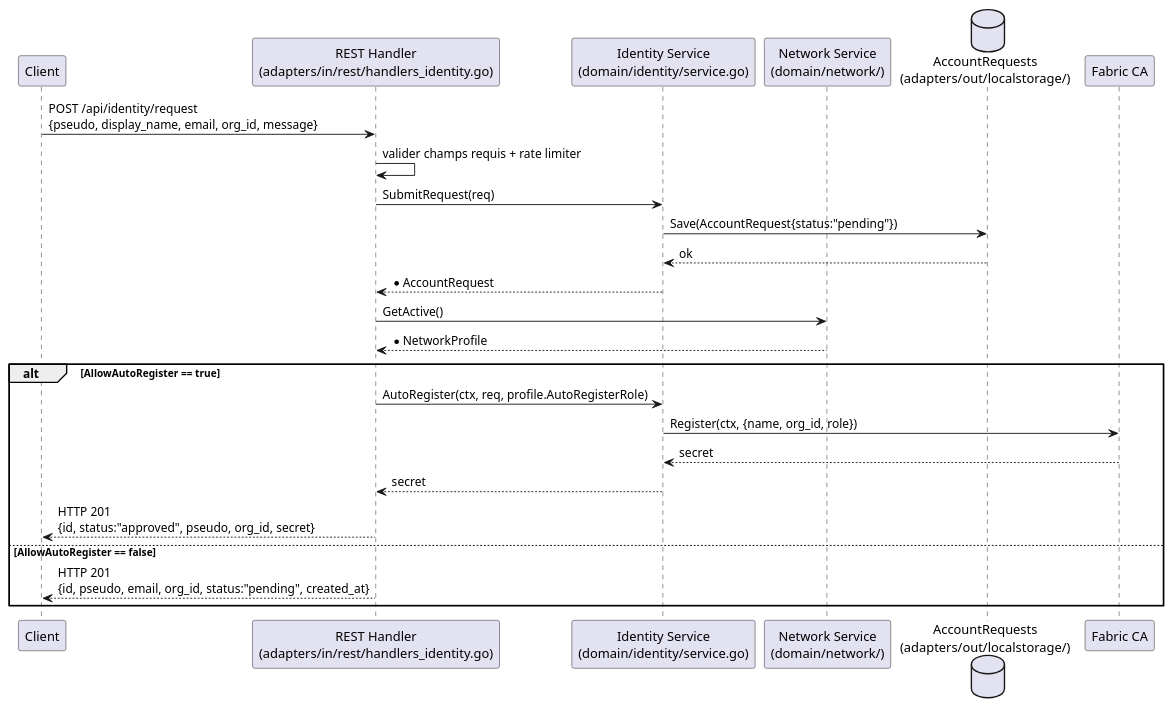
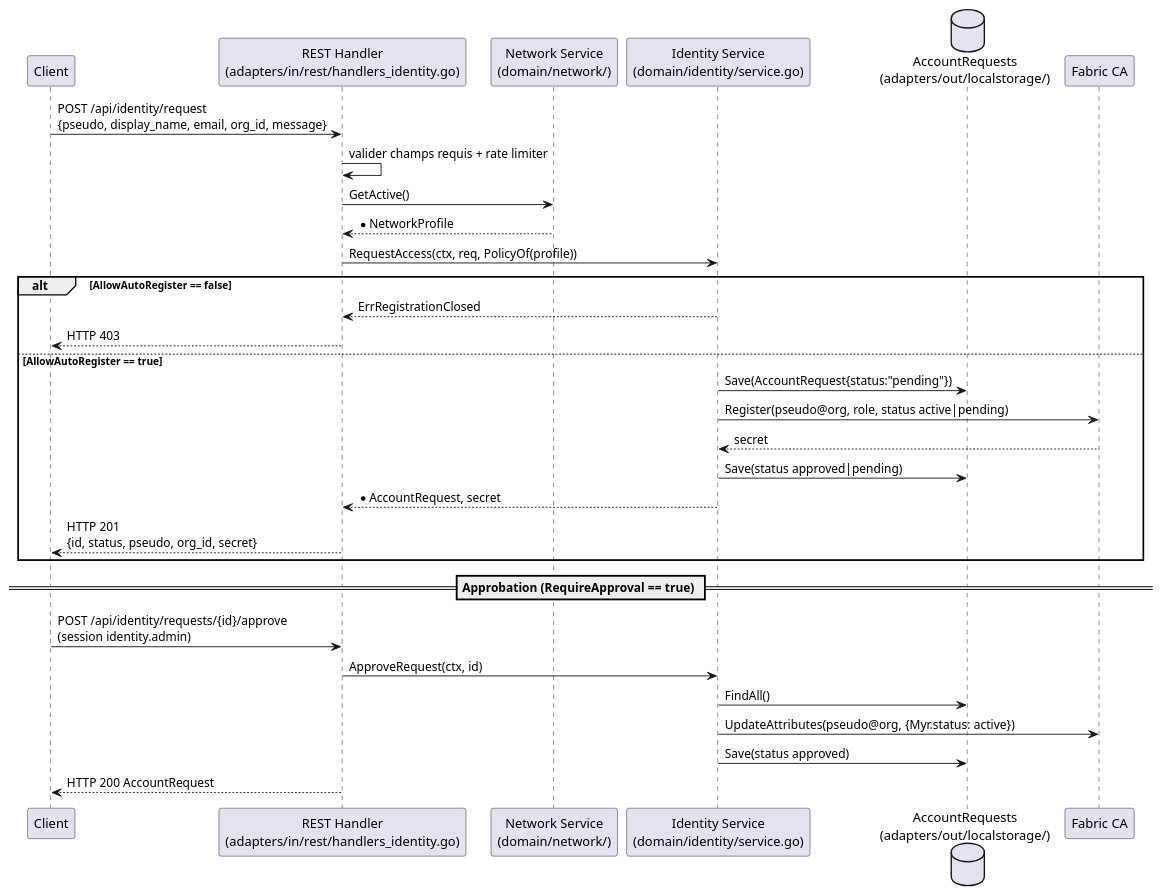
Before and after one commit to myr-forge/myr-core: the second of 2 diagrams in specs/2-Analyse/UCA-Compte_et_Acces/UCA01.md, drawn with PlantUML. The commit also changed other lines of this file and 28 other files, not shown here.

First line of the commit message:
feat(identity): read role and status from the certificate, apply network registration rules

````diff
--- a/specs/2-Analyse/UCA-Compte_et_Acces/UCA01.md
+++ b/specs/2-Analyse/UCA-Compte_et_Acces/UCA01.md
@@ -133,30 +178,36 @@
 ```plantuml
 @startuml
 participant "Client" as Client
 participant "REST Handler\n(adapters/in/rest/handlers_identity.go)" as REST
+participant "Network Service\n(domain/network/)" as NetSvc
 participant "Identity Service\n(domain/identity/service.go)" as Service
-participant "Network Service\n(domain/network/)" as NetSvc
 database "AccountRequests\n(adapters/out/localstorage/)" as Store
 participant "Fabric CA" as CA
 
 Client -> REST : POST /api/identity/request\n{pseudo, display_name, email, org_id, message}
 REST -> REST : valider champs requis + rate limiter
-REST -> Service : SubmitRequest(req)
-Service -> Store : Save(AccountRequest{status:"pending"})
-Store --> Service : ok
-Service --> REST : *AccountRequest
-
 REST -> NetSvc : GetActive()
 NetSvc --> REST : *NetworkProfile
+REST -> Service : RequestAccess(ctx, req, PolicyOf(profile))
 
-alt AllowAutoRegister == true
-    REST -> Service : AutoRegister(ctx, req, profile.AutoRegisterRole)
-    Service -> CA : Register(ctx, {name, org_id, role})
+alt AllowAutoRegister == false
+    Service --> REST : ErrRegistrationClosed
+    REST --> Client : HTTP 403
+else AllowAutoRegister == true
+    Service -> Store : Save(AccountRequest{status:"pending"})
+    Service -> CA : Register(pseudo@org, role, status active|pending)
     CA --> Service : secret
-    Service --> REST : secret
-    REST --> Client : HTTP 201\n{id, status:"approved", pseudo, org_id, secret}
-else AllowAutoRegister == false
-    REST --> Client : HTTP 201\n{id, pseudo, email, org_id, status:"pending", created_at}
+    Service -> Store : Save(status approved|pending)
+    Service --> REST : *AccountRequest, secret
+    REST --> Client : HTTP 201\n{id, status, pseudo, org_id, secret}
 end
+
+== Approbation (RequireApproval == true) ==
+Client -> REST : POST /api/identity/requests/{id}/approve\n(session identity.admin)
+REST -> Service : ApproveRequest(ctx, id)
+Service -> Store : FindAll()
+Service -> CA : UpdateAttributes(pseudo@org, {Myr.status: active})
+Service -> Store : Save(status approved)
+REST --> Client : HTTP 200 AccountRequest
 @enduml
 ```
````
